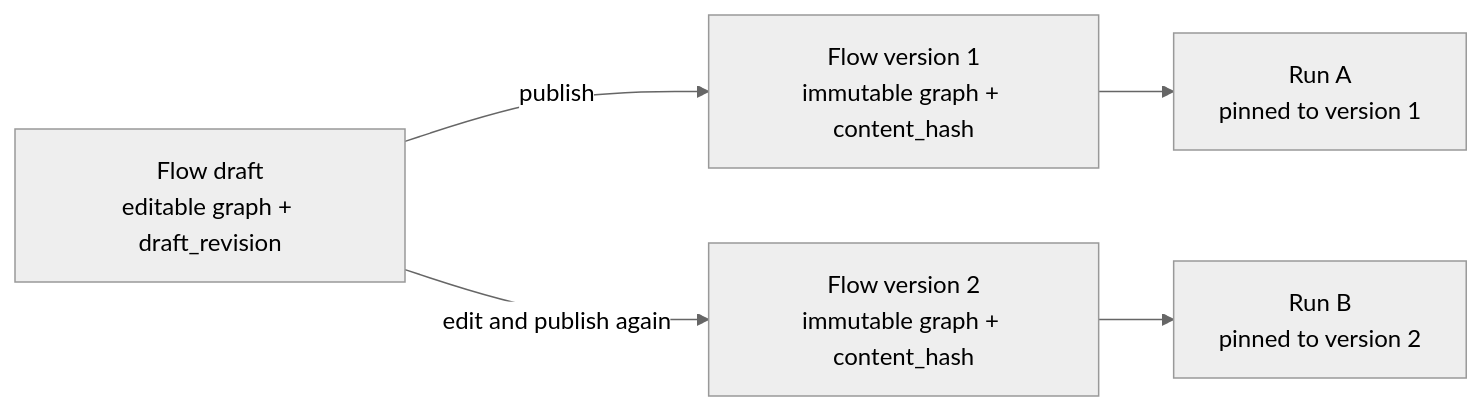
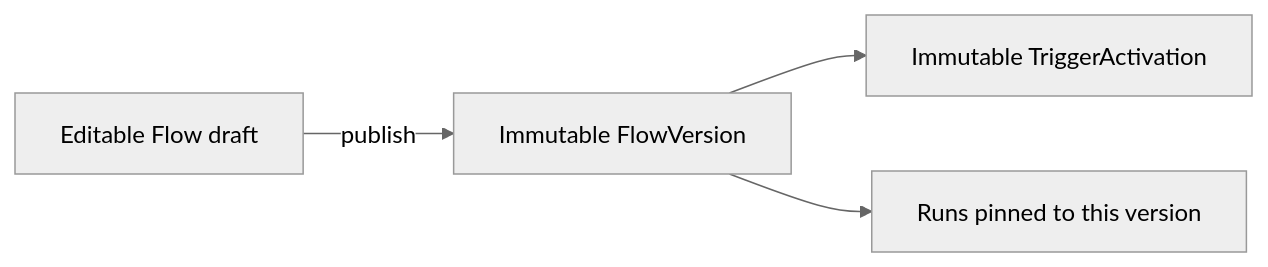
Before and after one commit to mikelmao/laravel-nodeflow: the diagram in docs/gitbook/building-automations/flows-and-versions.md, drawn with Mermaid (neutral theme). The commit also changed other lines of this file and 34 other files, not shown here.

````diff
--- a/docs/gitbook/building-automations/flows-and-versions.md
+++ b/docs/gitbook/building-automations/flows-and-versions.md
@@ -7,7 +7,6 @@
 ```mermaid
 flowchart LR
-    D[Flow draft\neditable graph + draft_revision] -->|publish| V1[Flow version 1\nimmutable graph + content_hash]
-    V1 --> R1[Run A\npinned to version 1]
-    D -->|edit and publish again| V2[Flow version 2\nimmutable graph + content_hash]
-    V2 --> R2[Run B\npinned to version 2]
+    D[Editable Flow draft] -->|publish| V[Immutable FlowVersion]
+    V --> A[Immutable TriggerActivation]
+    V --> R[Runs pinned to this version]
 ```
````
